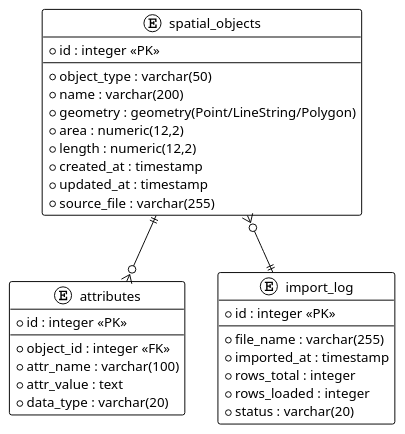
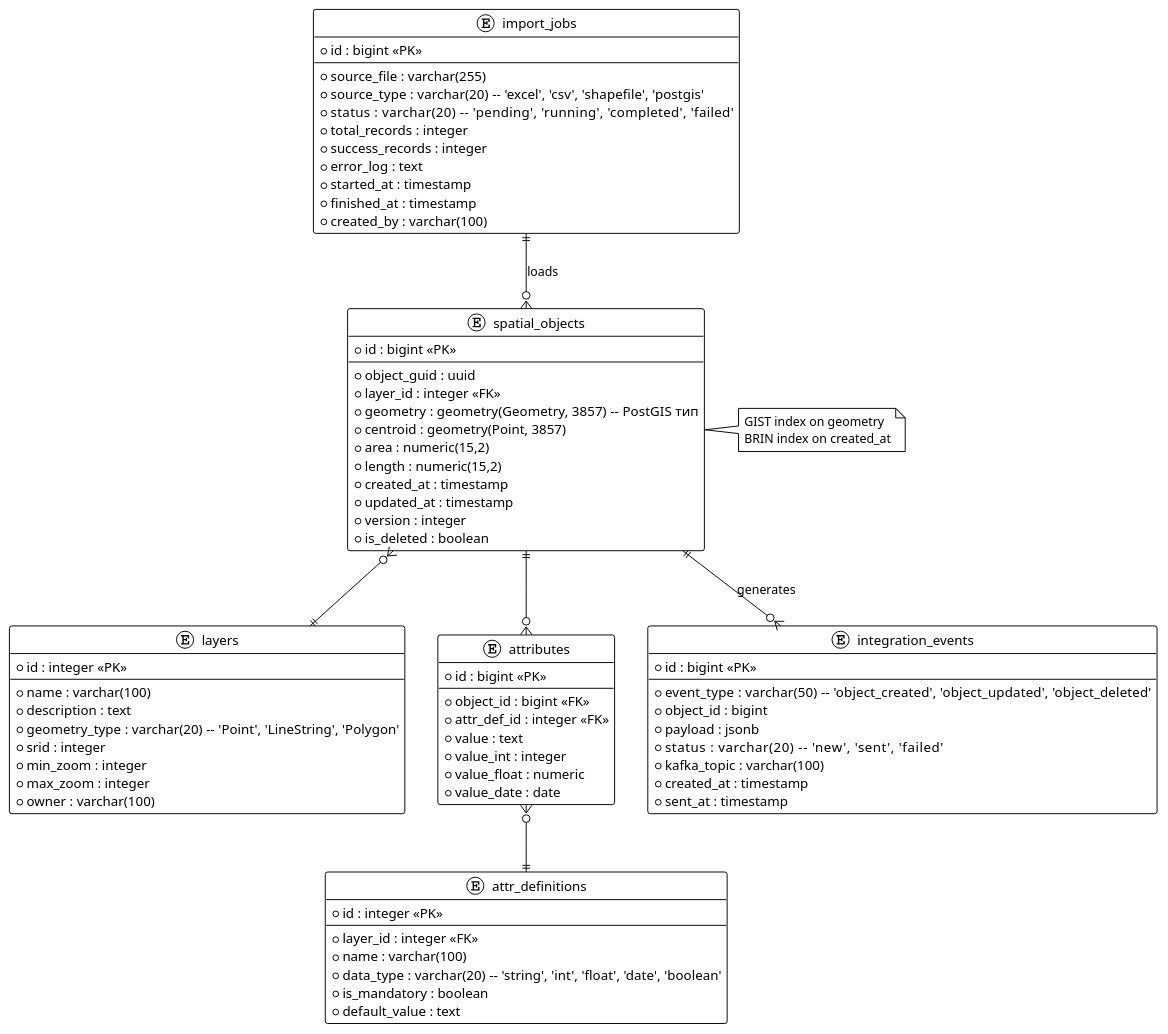
The diagram in 01_integration_etl_case/models/er_diagram.puml (sevastiananalyst/analyst-portfolio), drawn with PlantUML before and after one commit.

```diff
--- a/01_integration_etl_case/models/er_diagram.puml
+++ b/01_integration_etl_case/models/er_diagram.puml
@@ -1,38 +1,89 @@
 @startuml
 !theme plain
 
+' Сущности для геоинформационной системы
+
 entity "spatial_objects" {
+  * id : bigint <<PK>>
+  --
+  * object_guid : uuid
+  * layer_id : integer <<FK>>
+  * geometry : geometry(Geometry, 3857)  -- PostGIS тип
+  * centroid : geometry(Point, 3857)
+  * area : numeric(15,2)
+  * length : numeric(15,2)
+  * created_at : timestamp
+  * updated_at : timestamp
+  * version : integer
+  * is_deleted : boolean
+}
+
+entity "layers" {
   * id : integer <<PK>>
   --
-  * object_type : varchar(50)
-  * name : varchar(200)
-  * geometry : geometry(Point/LineString/Polygon)
-  * area : numeric(12,2)
-  * length : numeric(12,2)
-  * created_at : timestamp
-  * updated_at : timestamp
-  * source_file : varchar(255)
+  * name : varchar(100)
+  * description : text
+  * geometry_type : varchar(20)  -- 'Point', 'LineString', 'Polygon'
+  * srid : integer
+  * min_zoom : integer
+  * max_zoom : integer
+  * owner : varchar(100)
 }
 
 entity "attributes" {
+  * id : bigint <<PK>>
+  --
+  * object_id : bigint <<FK>>
+  * attr_def_id : integer <<FK>>
+  * value : text
+  * value_int : integer
+  * value_float : numeric
+  * value_date : date
+}
+
+entity "attr_definitions" {
   * id : integer <<PK>>
   --
-  * object_id : integer <<FK>>
-  * attr_name : varchar(100)
-  * attr_value : text
-  * data_type : varchar(20)
+  * layer_id : integer <<FK>>
+  * name : varchar(100)
+  * data_type : varchar(20)  -- 'string', 'int', 'float', 'date', 'boolean'
+  * is_mandatory : boolean
+  * default_value : text
 }
 
-entity "import_log" {
-  * id : integer <<PK>>
+entity "import_jobs" {
+  * id : bigint <<PK>>
   --
-  * file_name : varchar(255)
-  * imported_at : timestamp
-  * rows_total : integer
-  * rows_loaded : integer
-  * status : varchar(20)
+  * source_file : varchar(255)
+  * source_type : varchar(20)  -- 'excel', 'csv', 'shapefile', 'postgis'
+  * status : varchar(20)       -- 'pending', 'running', 'completed', 'failed'
+  * total_records : integer
+  * success_records : integer
+  * error_log : text
+  * started_at : timestamp
+  * finished_at : timestamp
+  * created_by : varchar(100)
 }
 
+entity "integration_events" {
+  * id : bigint <<PK>>
+  --
+  * event_type : varchar(50)    -- 'object_created', 'object_updated', 'object_deleted'
+  * object_id : bigint
+  * payload : jsonb
+  * status : varchar(20)        -- 'new', 'sent', 'failed'
+  * kafka_topic : varchar(100)
+  * created_at : timestamp
+  * sent_at : timestamp
+}
+
+' Связи
 spatial_objects ||--o{ attributes
-spatial_objects }o--|| import_log
+attributes }o--|| attr_definitions
+spatial_objects }o--|| layers
+import_jobs ||--o{ spatial_objects : loads
+spatial_objects ||--o{ integration_events : generates
+
+' Индексы для пространственных запросов
+note right of spatial_objects : GIST index on geometry\nBRIN index on created_at
 @enduml
```
